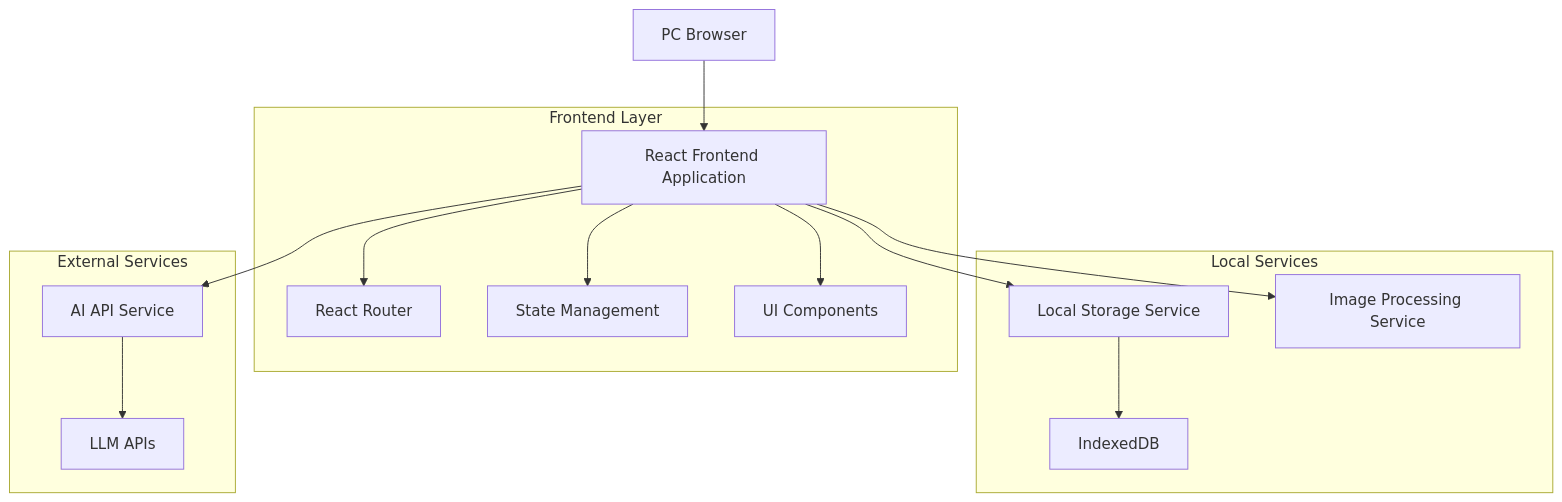
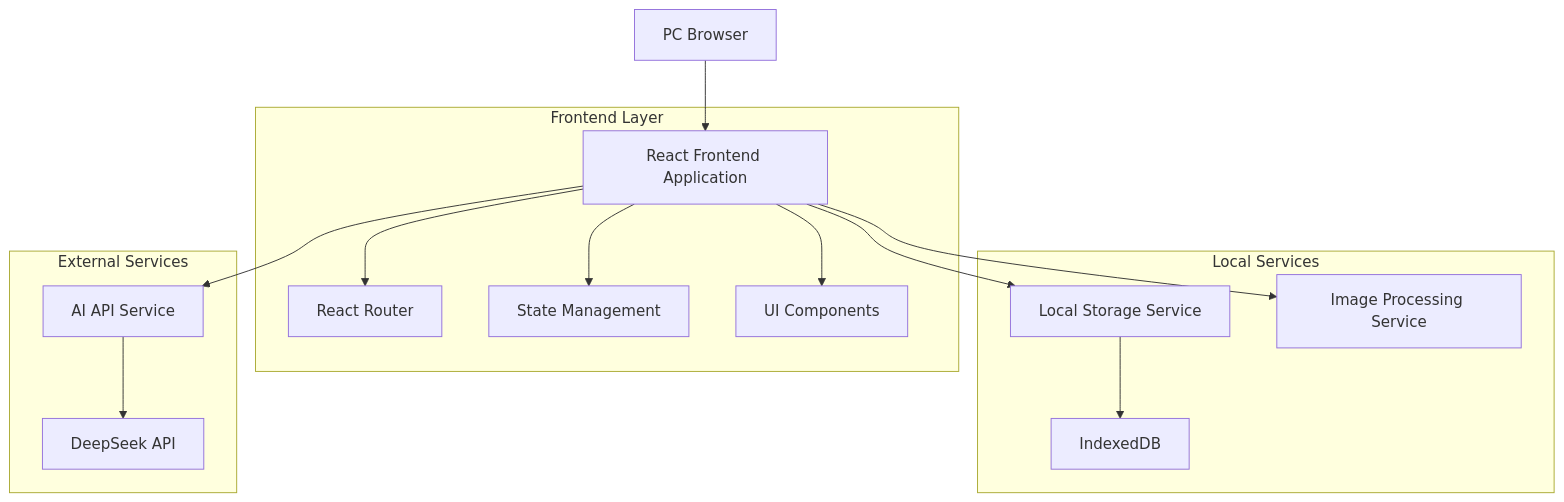
The first of 2 diagrams in .trae/documents/zevi-content-creator-technical-architecture.md (Zevi-zzy/AI-Studio), drawn with Mermaid before and after one commit. The commit also changed other lines of this file and 5 other files, not shown here.

````diff
--- a/.trae/documents/zevi-content-creator-technical-architecture.md
+++ b/.trae/documents/zevi-content-creator-technical-architecture.md
@@ -5,31 +5,31 @@
 ```mermaid
 graph TD
     A[PC Browser] --> B[React Frontend Application]
     B --> C[Local Storage Service]
     B --> D[AI API Service]
     B --> E[Image Processing Service]
     
     subgraph "Frontend Layer"
         B
         F[React Router]
         G[State Management]
         H[UI Components]
     end
     
     subgraph "Local Services"
         C
         E
         I[IndexedDB]
     end
     
     subgraph "External Services"
         D
-        J[LLM APIs]
+        J[DeepSeek API]
     end
     
     B --> F
     B --> G
     B --> H
     C --> I
     D --> J
 ```
````
